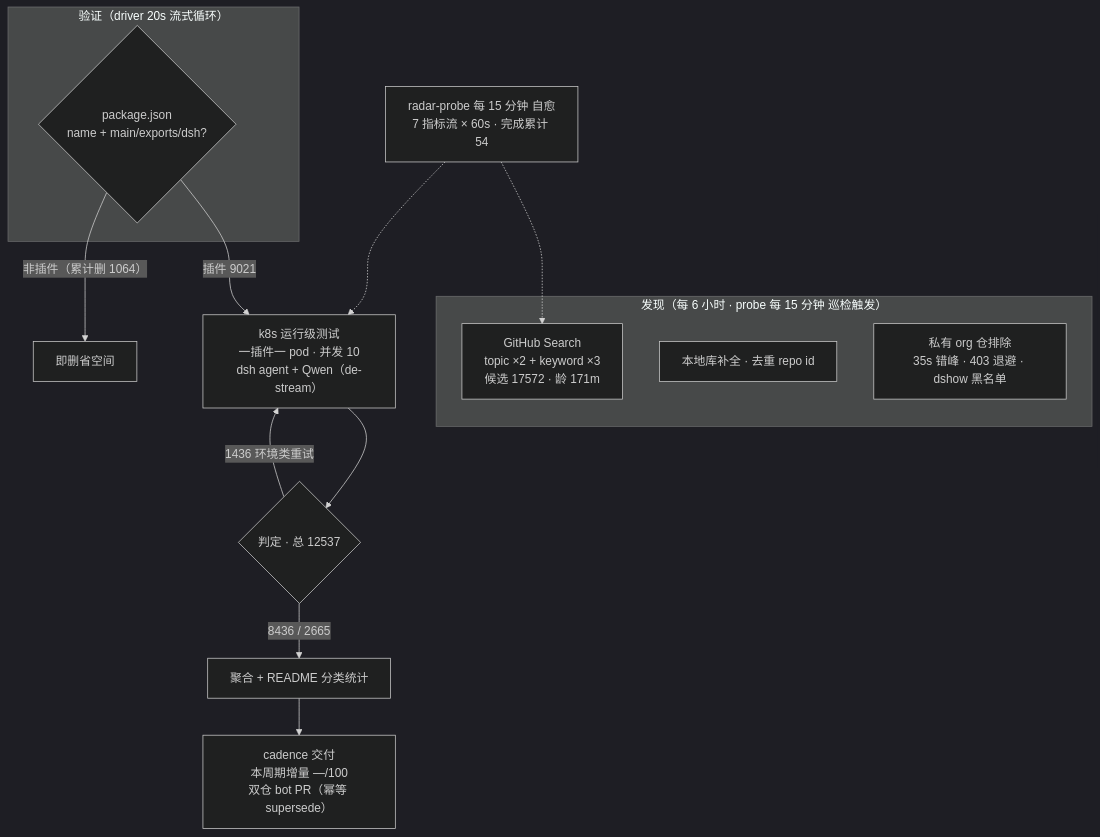
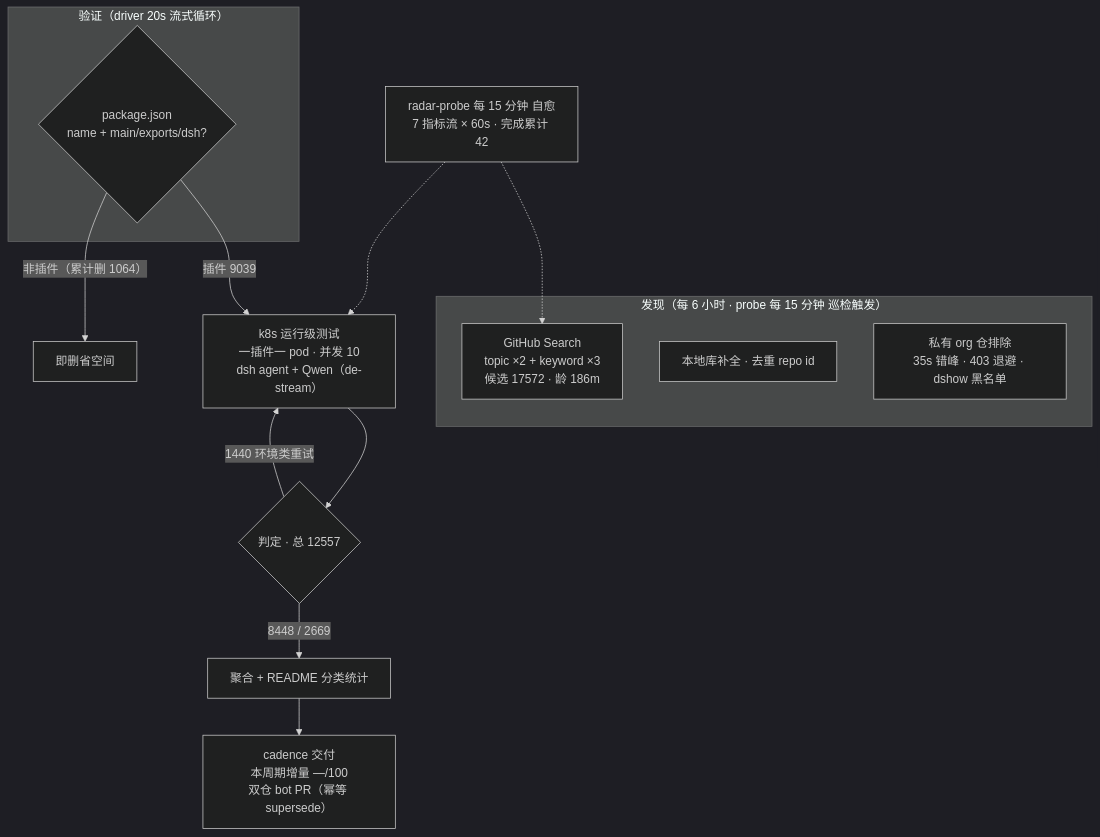
One commit to Zhidao-Lab-OSS/awesome-dsh-plugins changed the diagram in README.md. Above: the diagram before and after it, drawn with Mermaid (dark theme). The commit also changed other lines of this file and 1 other file, not shown here.

````diff
--- a/README.md
+++ b/README.md
@@ -52,20 +52,20 @@
 ```mermaid
 flowchart TB
     subgraph Discovery["发现（每 6 小时 · probe 每 15 分钟 巡检触发）"]
-        A1["GitHub Search<br/>topic ×2 + keyword ×3<br/>候选 17572 · 龄 171m"]
+        A1["GitHub Search<br/>topic ×2 + keyword ×3<br/>候选 17572 · 龄 186m"]
         A2["本地库补全 · 去重 repo id"]
         A3["私有 org 仓排除<br/>35s 错峰 · 403 退避 · dshow 黑名单"]
     end
     subgraph Validation["验证（driver 20s 流式循环）"]
         B1{"package.json<br/>name + main/exports/dsh?"}
     end
-    B1 -->|"插件 9021"| C1["k8s 运行级测试<br/>一插件一 pod · 并发 10<br/>dsh agent + Qwen（de-stream）"]
+    B1 -->|"插件 9039"| C1["k8s 运行级测试<br/>一插件一 pod · 并发 10<br/>dsh agent + Qwen（de-stream）"]
     B1 -->|"非插件（累计删 1064）"| B3["即删省空间"]
-    C1 --> D1{"判定 · 总 12537"}
-    D1 -->|"8436 / 2665"| E1["聚合 + README 分类统计"]
-    D1 -->|"1436 环境类重试"| C1
+    C1 --> D1{"判定 · 总 12557"}
+    D1 -->|"8448 / 2669"| E1["聚合 + README 分类统计"]
+    D1 -->|"1440 环境类重试"| C1
     E1 --> E2["cadence 交付<br/>本周期增量 —/100<br/>双仓 bot PR（幂等 supersede）"]
-    M["radar-probe 每 15 分钟 自愈<br/>7 指标流 × 60s · 完成累计 54"]
+    M["radar-probe 每 15 分钟 自愈<br/>7 指标流 × 60s · 完成累计 42"]
     M -.-> A1
     M -.-> C1
 ```
````
